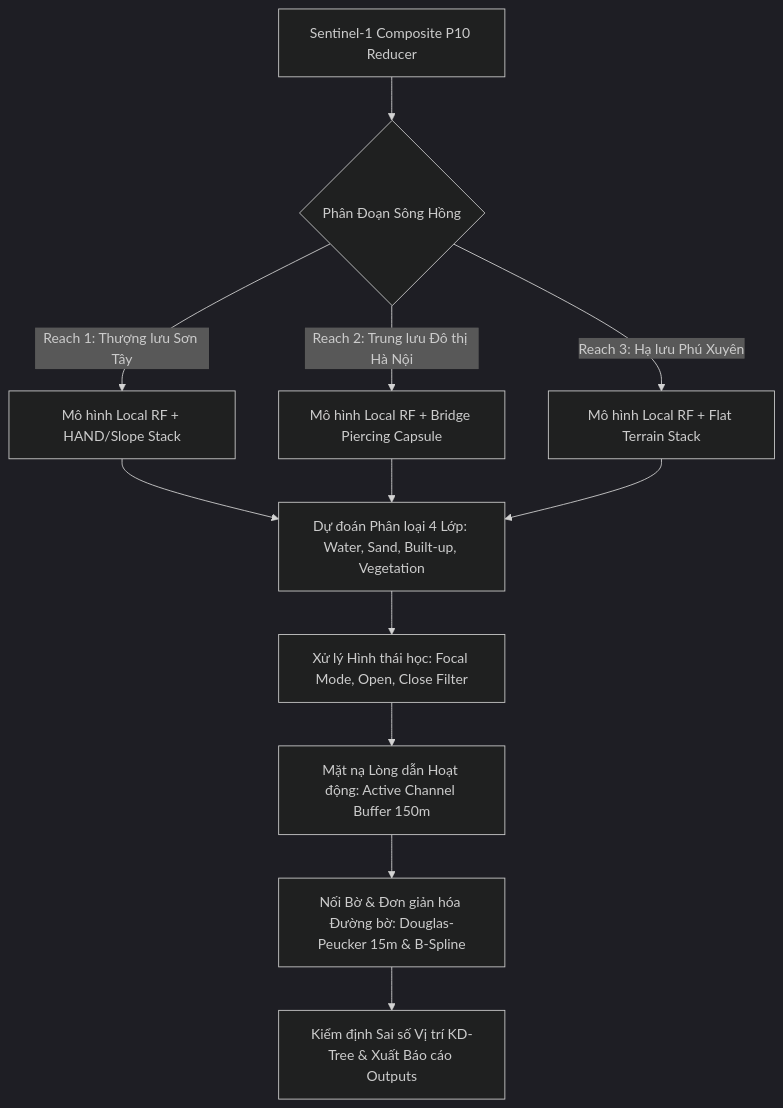
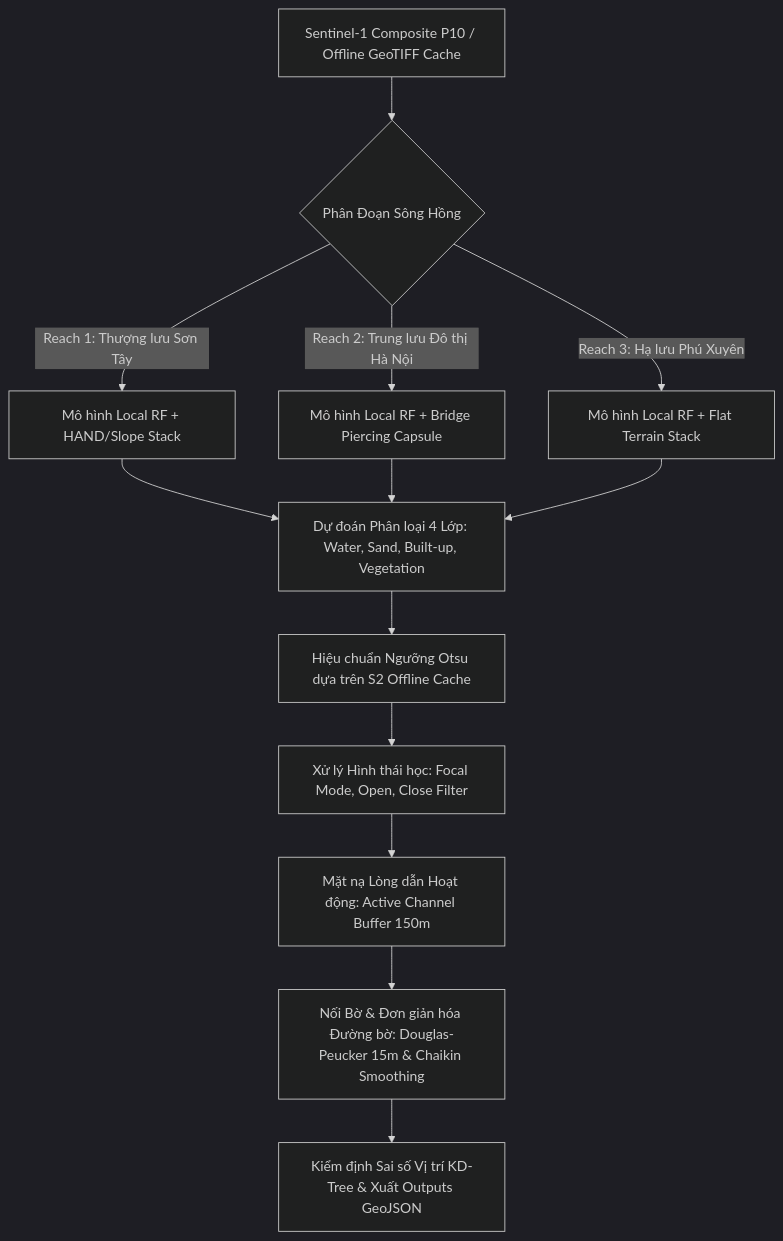
Before and after one commit to TungDucVu/SongHong-SAR-Monitoring: the diagram in docs/model.md, drawn with Mermaid (dark theme). The commit also changed other lines of this file and 748 other files, not shown here.

Commit message:
Finalize 10-year shoreline monitoring report (2017-2026): add timeline analysis, complete 20-season accuracy matrix, trend figures, reach benchmark maps, and geomorphological insights

````diff
--- a/docs/model.md
+++ b/docs/model.md
@@ -9,13 +9,14 @@
 ```mermaid
 graph TD
-    A[Sentinel-1 Composite P10 Reducer] --> B{Phân Đoạn Sông Hồng}
+    A[Sentinel-1 Composite P10 / Offline GeoTIFF Cache] --> B{Phân Đoạn Sông Hồng}
     B -->|Reach 1: Thượng lưu Sơn Tây| C[Mô hình Local RF + HAND/Slope Stack]
     B -->|Reach 2: Trung lưu Đô thị Hà Nội| D[Mô hình Local RF + Bridge Piercing Capsule]
     B -->|Reach 3: Hạ lưu Phú Xuyên| E[Mô hình Local RF + Flat Terrain Stack]
     
     C & D & E --> F[Dự đoán Phân loại 4 Lớp: Water, Sand, Built-up, Vegetation]
-    F --> G[Xử lý Hình thái học: Focal Mode, Open, Close Filter]
-    G --> H[Mặt nạ Lòng dẫn Hoạt động: Active Channel Buffer 150m]
-    H --> I[Nối Bờ & Đơn giản hóa Đường bờ: Douglas-Peucker 15m & B-Spline]
-    I --> J[Kiểm định Sai số Vị trí KD-Tree & Xuất Báo cáo Outputs]
+    F --> G[Hiệu chuẩn Ngưỡng Otsu dựa trên S2 Offline Cache]
+    G --> H[Xử lý Hình thái học: Focal Mode, Open, Close Filter]
+    H --> I[Mặt nạ Lòng dẫn Hoạt động: Active Channel Buffer 150m]
+    I --> J[Nối Bờ & Đơn giản hóa Đường bờ: Douglas-Peucker 15m & Chaikin Smoothing]
+    J --> K[Kiểm định Sai số Vị trí KD-Tree & Xuất Outputs GeoJSON]
 ```
````
